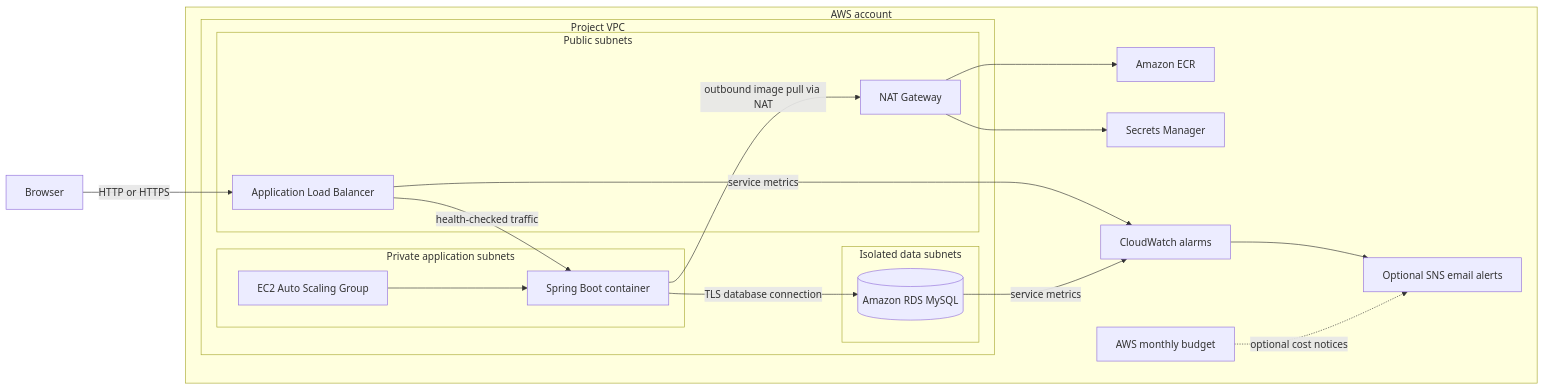
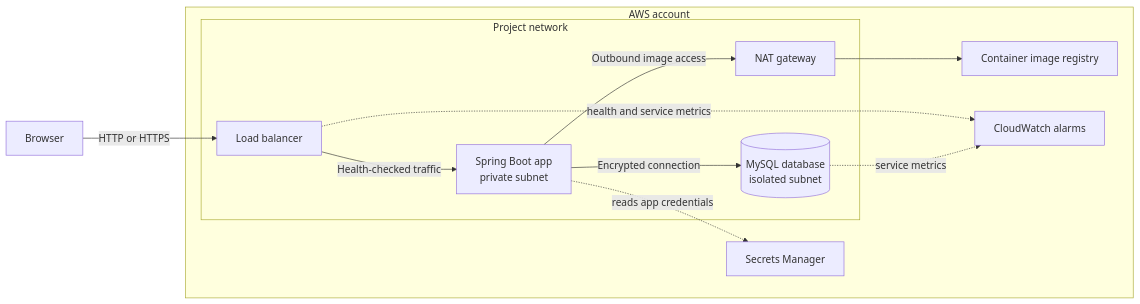
One commit to MasadiPradeepRao/java-aws-three-tier-platform changed the first of 2 diagrams in README.md. Above: the diagram before and after it, drawn with Mermaid. The commit also changed other lines of this file, not shown here.

````diff
--- a/README.md
+++ b/README.md
@@ -17,35 +24,15 @@
 ```mermaid
 flowchart LR
-  Visitor[Browser] -->|HTTP or HTTPS| ALB[Application Load Balancer]
-
-  subgraph AWS[AWS account]
-    subgraph VPC[Project VPC]
-      subgraph Public[Public subnets]
-        ALB
-        NAT[NAT Gateway]
-      end
-      subgraph PrivateApp[Private application subnets]
-        ASG[EC2 Auto Scaling Group]
-        App[Spring Boot container]
-        ASG --> App
-      end
-      subgraph PrivateData[Isolated data subnets]
-        DB[(Amazon RDS MySQL)]
-      end
-      ALB -->|health-checked traffic| App
-      App -->|TLS database connection| DB
+    User[Browser] -->|HTTP or HTTPS| ALB[Load balancer]
+    subgraph AWS[AWS account]
+        subgraph VPC[Project network]
+            ALB -->|Health-checked traffic| App[Spring Boot app<br/>private subnet]
+            App -->|Encrypted connection| DB[(MySQL database<br/>isolated subnet)]
+            App -->|Outbound image access| NAT[NAT gateway]
+        end
+        NAT --> ECR[Container image registry]
+        App -. reads app credentials .-> Secret[Secrets Manager]
+        ALB -. health and service metrics .-> CW[CloudWatch alarms]
+        DB -. service metrics .-> CW
     end
-    ECR[Amazon ECR]
-    Secrets[Secrets Manager]
-    Metrics[CloudWatch alarms]
-    Alerts[Optional SNS email alerts]
-    Budget[AWS monthly budget]
-    App -->|outbound image pull via NAT| NAT
-    NAT --> ECR
-    NAT --> Secrets
-    ALB -->|service metrics| Metrics
-    DB -->|service metrics| Metrics
-    Metrics --> Alerts
-    Budget -. optional cost notices .-> Alerts
-  end
 ```
````
